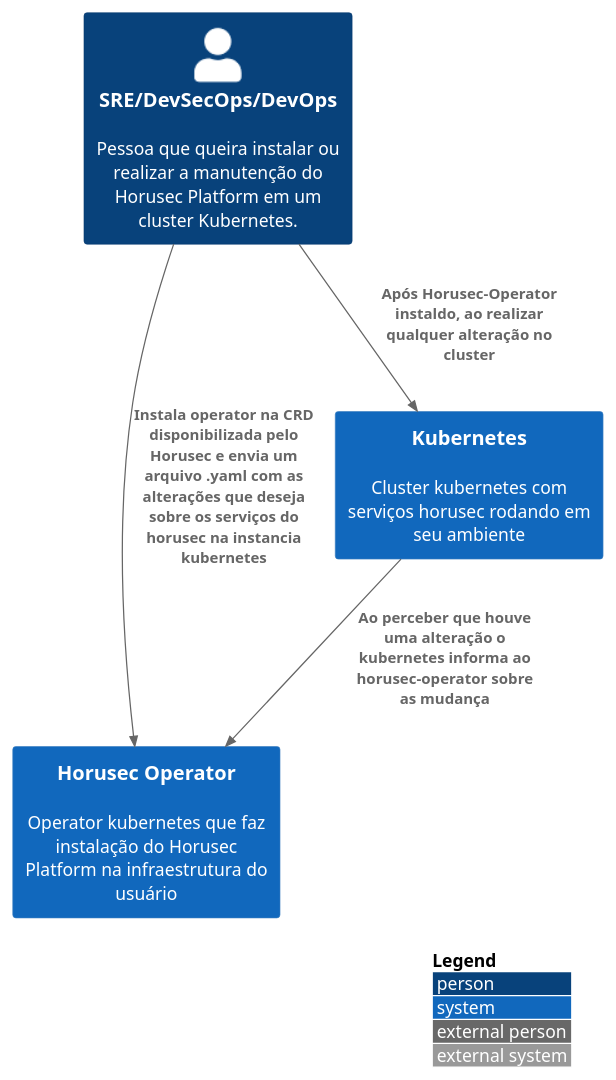
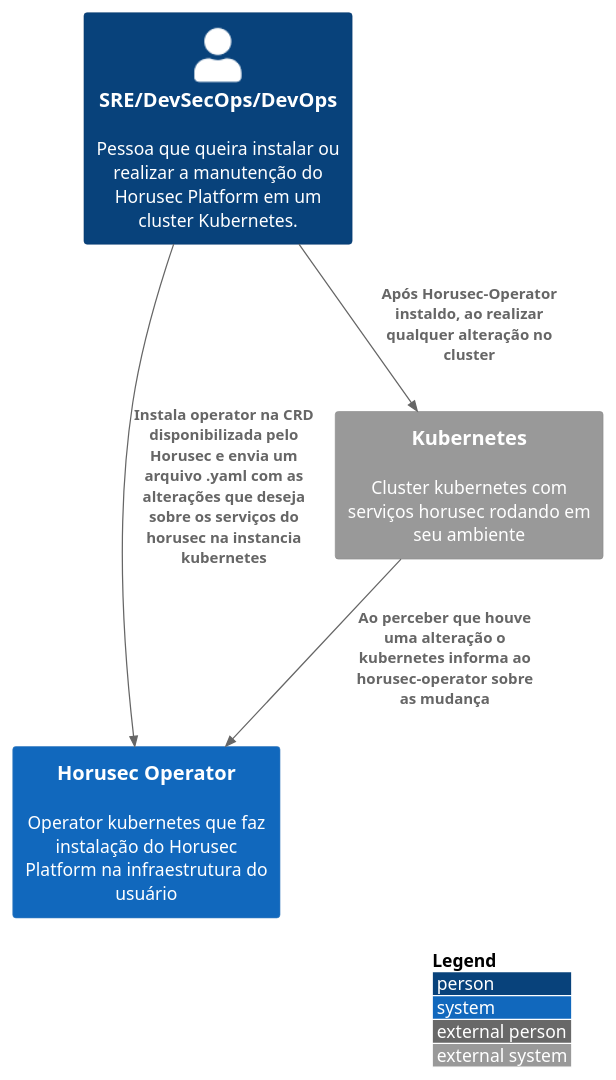
Before and after one commit to ZupIT/horusec-c4model: the diagram in src/Horusec-Operator/C1-Model/c1.puml, drawn with PlantUML. The commit also changed 22 other files, not shown here.

```diff
--- a/src/Horusec-Operator/C1-Model/c1.puml
+++ b/src/Horusec-Operator/C1-Model/c1.puml
@@ -1,14 +1,14 @@
 @startuml horusec-operator-c1
 !include https://raw.githubusercontent.com/adrianvlupu/C4-PlantUML/latest/C4_Context.puml
 
 LAYOUT_WITH_LEGEND()
 
 Person(user, "SRE/DevSecOps/DevOps", "Pessoa que queira instalar ou realizar a manutenção do Horusec Platform em um cluster Kubernetes.")
 System(horusecOperator, "Horusec Operator", "Operator kubernetes que faz instalação do Horusec Platform na infraestrutura do usuário")
-System(Kubernetes, "Kubernetes", "Cluster kubernetes com serviços horusec rodando em seu ambiente")
+System_Ext(Kubernetes, "Kubernetes", "Cluster kubernetes com serviços horusec rodando em seu ambiente")
 
 Rel(user, horusecOperator, "Instala operator na CRD disponibilizada pelo Horusec e envia um arquivo .yaml com as alterações que deseja sobre os serviços do horusec na instancia kubernetes")
 Rel(user, Kubernetes, "Após Horusec-Operator instaldo, ao realizar qualquer alteração no cluster")
 Rel(Kubernetes, horusecOperator, "Ao perceber que houve uma alteração o kubernetes informa ao horusec-operator sobre as mudança")
 
 @enduml
```
